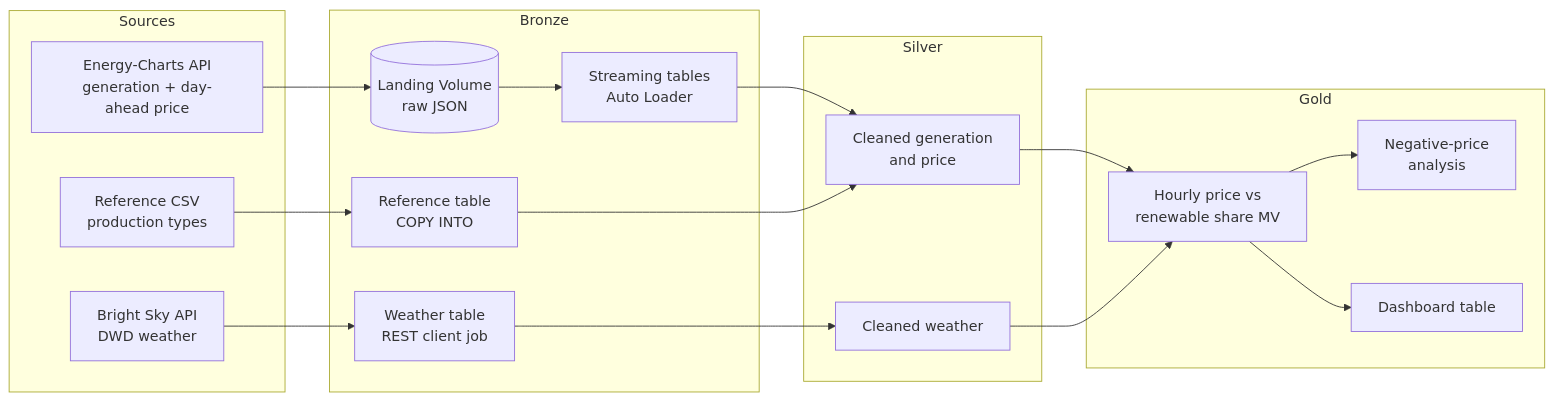
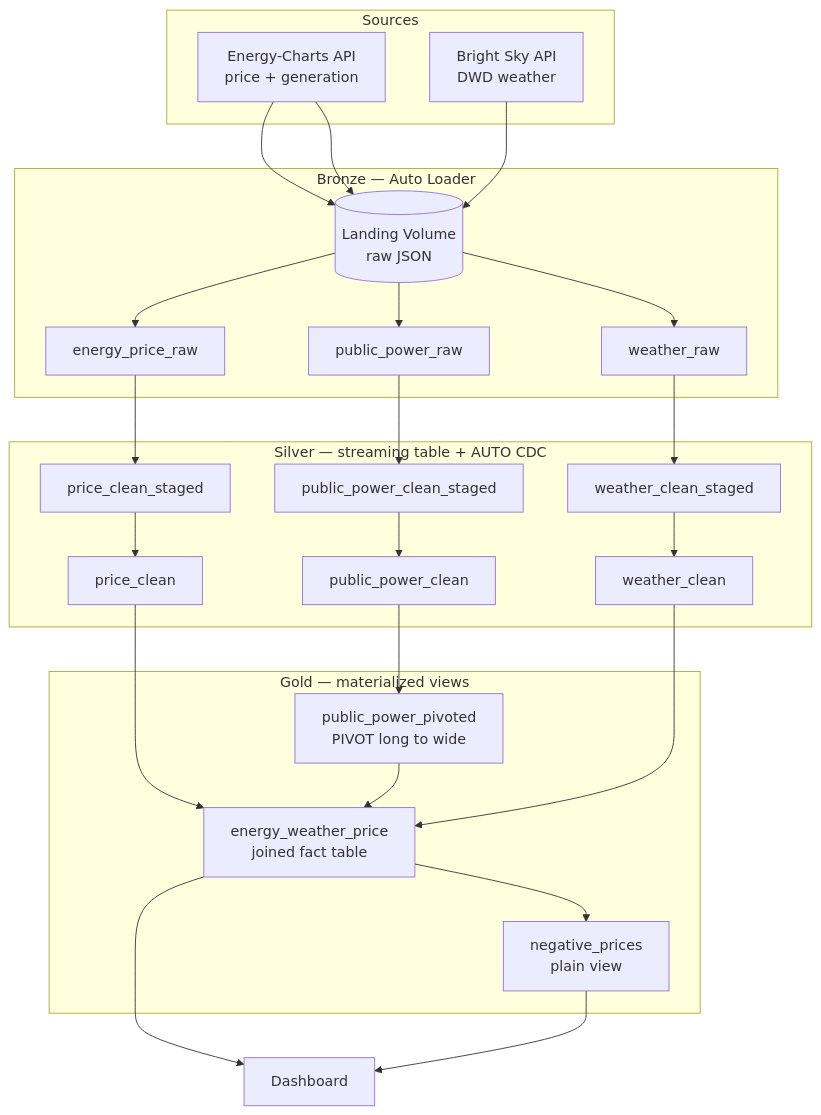
Before and after one commit to yharidy/de-power-price-lakehouse: the diagram in README.md, drawn with Mermaid. The commit also changed other lines of this file and 10 other files, not shown here.

````diff
--- a/README.md
+++ b/README.md
@@ -28,34 +52,39 @@
 ```mermaid
-flowchart LR
+flowchart TB
     subgraph Sources
-        EC[Energy-Charts API<br/>generation + day-ahead price]
+        EC[Energy-Charts API<br/>price + generation]
         BS[Bright Sky API<br/>DWD weather]
-        REF[Reference CSV<br/>production types]
     end
 
-    subgraph Bronze
+    subgraph "Bronze — Auto Loader"
         VOL[(Landing Volume<br/>raw JSON)]
-        B1[Streaming tables<br/>Auto Loader]
-        B2[Weather table<br/>REST client job]
-        B3[Reference table<br/>COPY INTO]
+        B1[energy_price_raw]
+        B2[public_power_raw]
+        B3[weather_raw]
     end
 
-    subgraph Silver
-        S1[Cleaned generation<br/>and price]
-        S2[Cleaned weather]
+    subgraph "Silver — streaming table + AUTO CDC"
+        S1S[price_clean_staged] --> S1[price_clean]
+        S2S[public_power_clean_staged] --> S2[public_power_clean]
+        S3S[weather_clean_staged] --> S3[weather_clean]
     end
 
-    subgraph Gold
-        G1[Hourly price vs<br/>renewable share MV]
-        G2[Negative-price<br/>analysis]
-        G3[Dashboard table]
+    subgraph "Gold — materialized views"
+        G1[public_power_pivoted<br/>PIVOT long to wide]
+        G2[energy_weather_price<br/>joined fact table]
+        G3[negative_prices<br/>plain view]
     end
 
-    EC --> VOL --> B1 --> S1
-    BS --> B2 --> S2
-    REF --> B3 --> S1
-    S1 --> G1
+    D[Dashboard]
+
+    EC --> VOL --> B1 --> S1S
+    EC --> VOL --> B2 --> S2S
+    BS --> VOL --> B3 --> S3S
     S2 --> G1
+    S1 --> G2
     G1 --> G2
-    G1 --> G3
+    S3 --> G2
+    G2 --> G3
+    G2 --> D
+    G3 --> D
 ```
````
